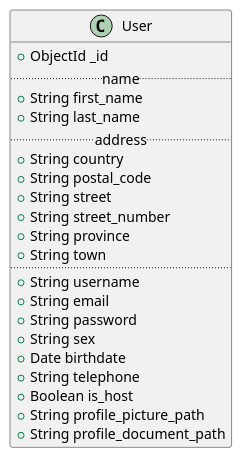
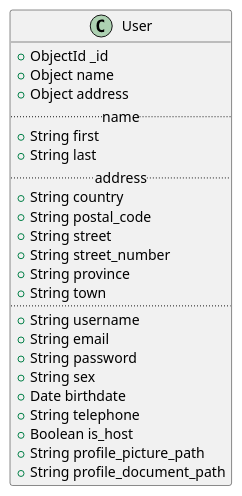
The diagram in app-diagrams/class/user.wsd (TommasoScalici/BnB), drawn with PlantUML before and after one commit. The commit also changed 7 other files, not shown here.

```diff
--- a/app-diagrams/class/user.wsd
+++ b/app-diagrams/class/user.wsd
@@ -1,28 +1,30 @@
 @startuml user
 left to right direction
 
 class User {
   +ObjectId _id
+  +Object name
+  +Object address
   .. name ..
-  +String first_name
-  +String last_name
+  +String first
+  +String last
   .. address ..
   +String country
   +String postal_code
   +String street
   +String street_number
   +String province
   +String town
   ..
   +String username
   +String email
   +String password
   +String sex
   +Date birthdate
   +String telephone
   +Boolean is_host
   +String profile_picture_path
   +String profile_document_path
 }
 
 @enduml
```
